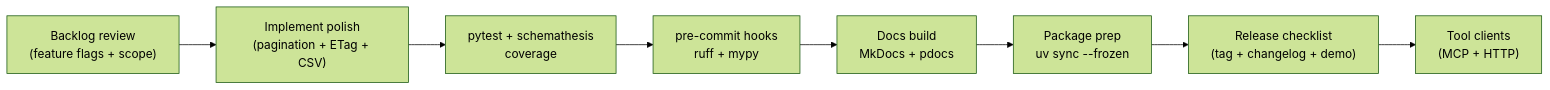
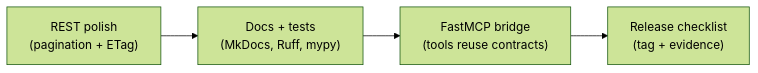
One commit to EASS-HIT-PART-A-2026-CLASS-IX/lecture-notes changed the diagram in docs/sessions/session-12.md. Above: the diagram before and after it, drawn with Mermaid (forest theme). The commit also changed other lines of this file and 6 other files, not shown here.

````diff
--- a/docs/sessions/session-12.md
+++ b/docs/sessions/session-12.md
@@ -40,13 +37,4 @@
 ```mermaid
 flowchart LR
-    Backlog["Backlog review\n(feature flags + scope)"]
-    Feature["Implement polish\n(pagination + ETag + CSV)"]
-    Tests["pytest + schemathesis\ncoverage"]
-    Quality["pre-commit hooks\nruff + mypy"]
-    Docs["Docs build\nMkDocs + pdocs"]
-    Package["Package prep\nuv sync --frozen"]
-    Release["Release checklist\n(tag + changelog + demo)"]
-    Tooling["Tool clients\n(MCP + HTTP)"]
-
-    Backlog --> Feature --> Tests --> Quality --> Docs --> Package --> Release --> Tooling
+    REST["REST polish\n(pagination + ETag)"] --> Docs["Docs + tests\n(MkDocs, Ruff, mypy)"] --> FastMCP["FastMCP bridge\n(tools reuse contracts)"] --> Release["Release checklist\n(tag + evidence)"]
 ```
````
